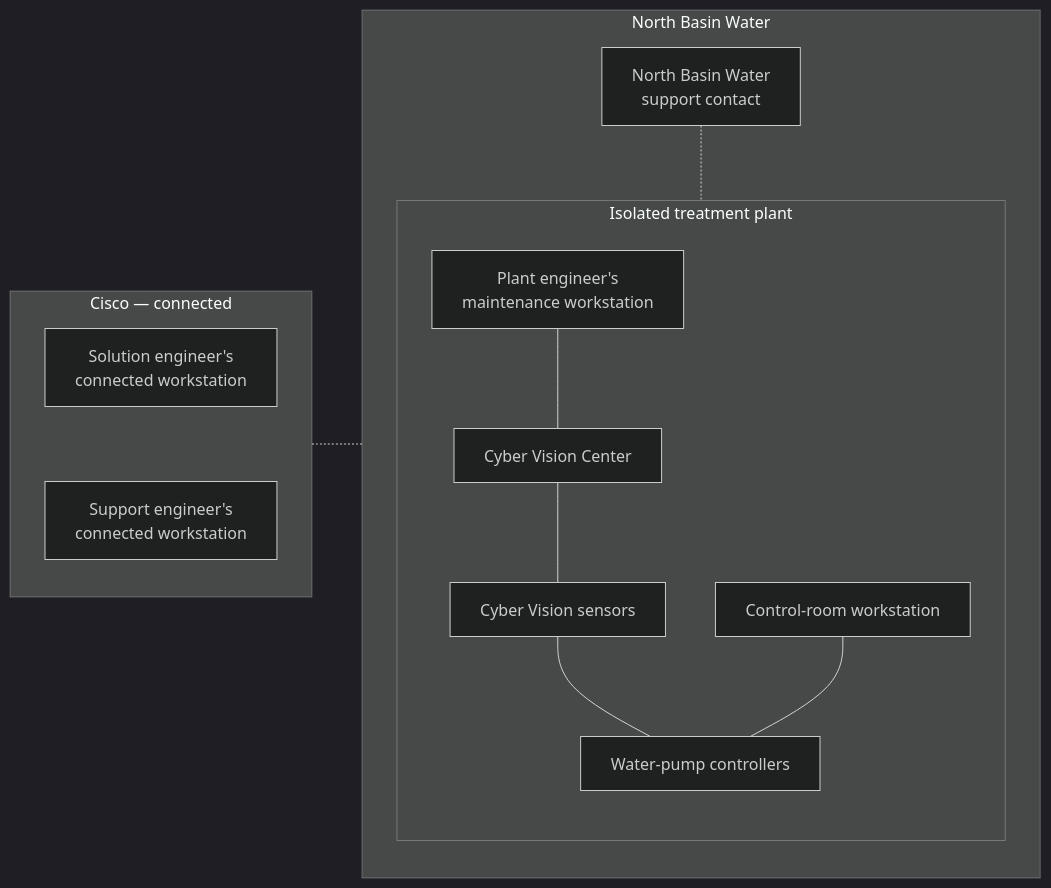
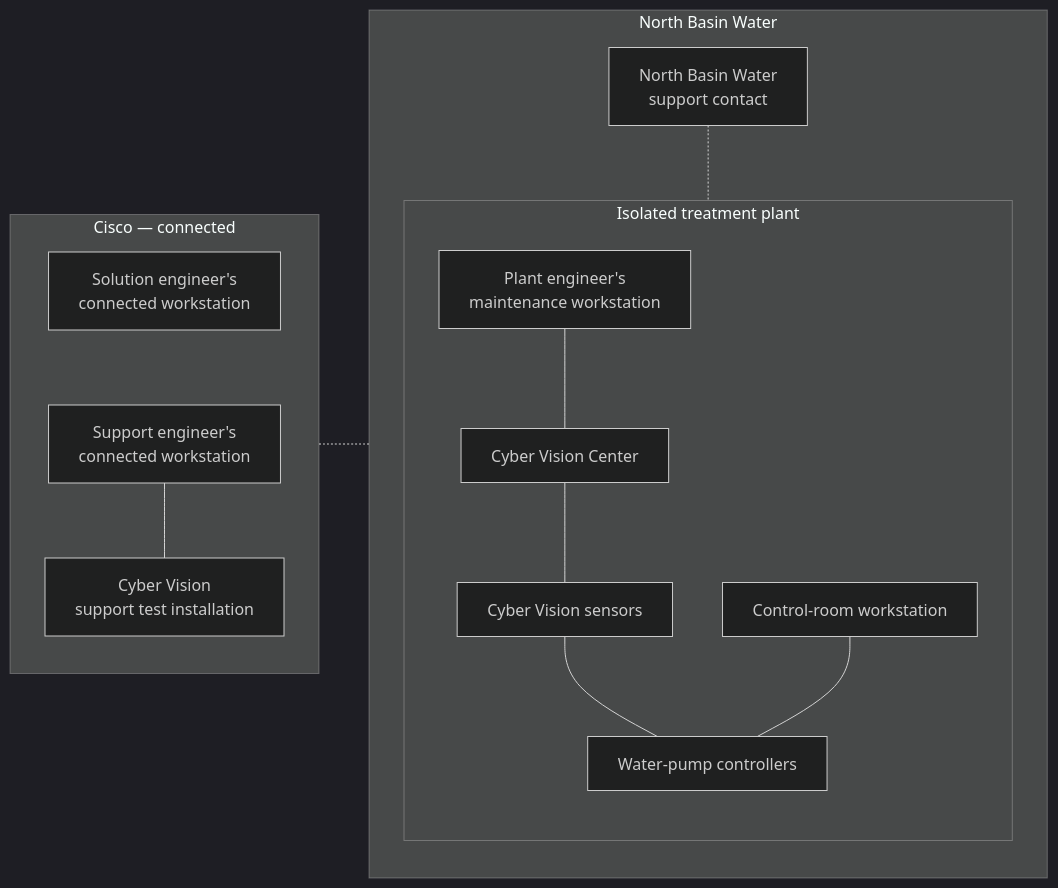
Before and after one commit to modern-engineering/prototype: the diagram in docs/mission/M-07-controlled-disconnected-delivery.md, drawn with Mermaid (dark theme). The commit also changed other lines of this file, not shown here.

````diff
--- a/docs/mission/M-07-controlled-disconnected-delivery.md
+++ b/docs/mission/M-07-controlled-disconnected-delivery.md
@@ -37,32 +38,34 @@
 ```mermaid
 flowchart LR
     subgraph Cisco["Cisco — connected"]
         direction TB
         Solution["Solution engineer's<br/>connected workstation"]
         Support["Support engineer's<br/>connected workstation"]
+        Test["Cyber Vision<br/>support test installation"]
         Solution ~~~ Support
+        Support --- Test
     end
 
     subgraph Customer["North Basin Water"]
         direction TB
         Contact["North Basin Water<br/>support contact"]
 
         subgraph Plant["Isolated treatment plant"]
             direction TB
             Maintenance["Plant engineer's<br/>maintenance workstation"]
             Center["Cyber Vision Center"]
             Sensors["Cyber Vision sensors"]
             Controllers["Water-pump controllers"]
             ControlRoom["Control-room workstation"]
 
             Maintenance --- Center
             Center --- Sensors
             Sensors --- Controllers
             ControlRoom --- Controllers
         end
 
         Contact -.- Plant
     end
 
     Cisco -.- Customer
 ```
````
